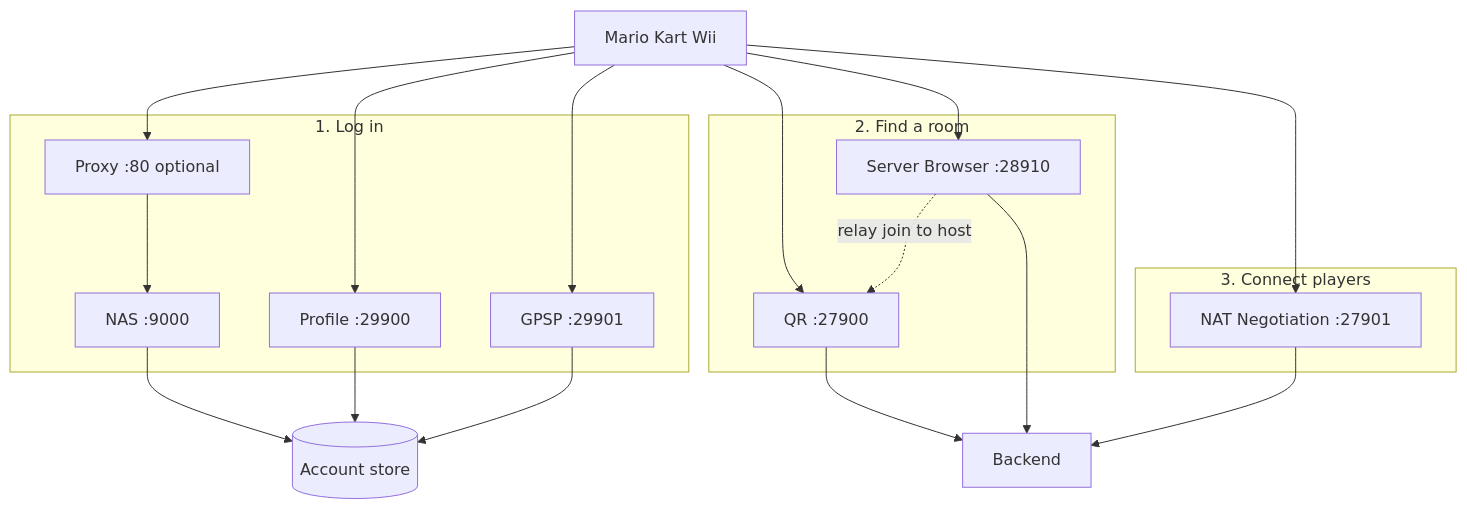
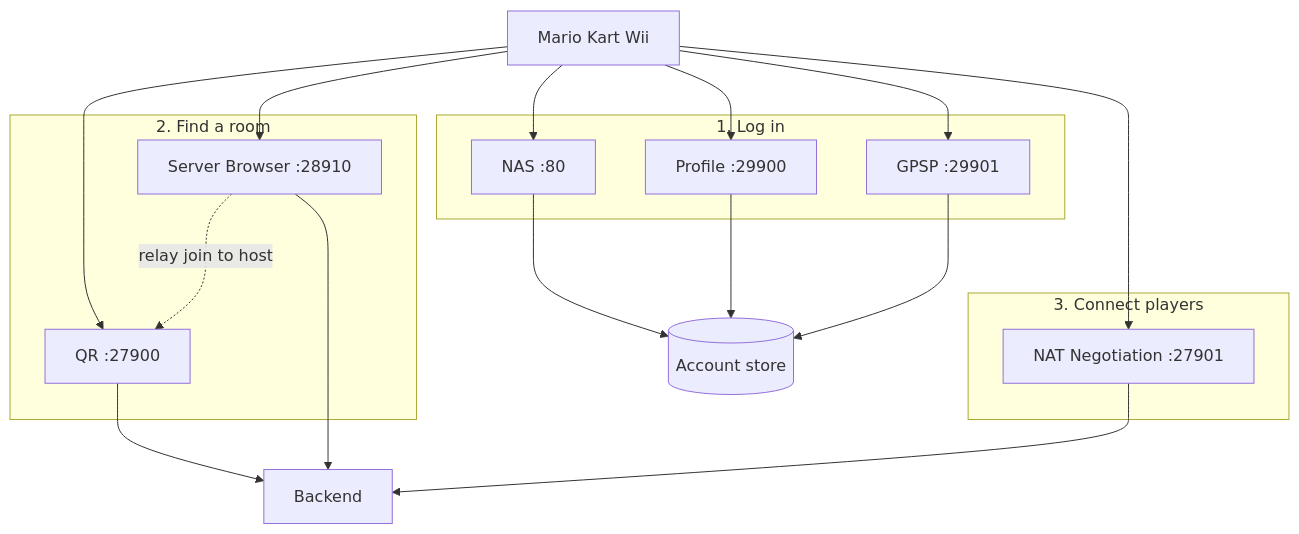
The diagram in docs/architecture/README.md (IrishBruseForks/mkw-dwc), drawn with Mermaid before and after one commit. The commit also changed other lines of this file and 14 other files, not shown here.

````diff
--- a/docs/architecture/README.md
+++ b/docs/architecture/README.md
@@ -51,38 +51,37 @@
 ```mermaid
 flowchart TB
     Wii[Mario Kart Wii]
 
     subgraph login [1. Log in]
-        Proxy[Proxy :80 optional]
-        NAS[NAS :9000]
+        NAS[NAS :80]
         Profile[Profile :29900]
         GPSP[GPSP :29901]
     end
 
     subgraph match [2. Find a room]
         QR[QR :27900]
         Browser[Server Browser :28910]
     end
 
     subgraph connect [3. Connect players]
         NatNeg[NAT Negotiation :27901]
     end
 
     Store[(Account store)]
     Board[Backend]
 
-    Wii --> Proxy --> NAS
+    Wii --> NAS
     Wii --> Profile
     Wii --> GPSP
     Wii --> QR
     Wii --> Browser
     Wii --> NatNeg
 
     NAS --> Store
     Profile --> Store
     GPSP --> Store
     QR --> Board
     Browser --> Board
     Browser -.->|relay join to host| QR
     NatNeg --> Board
 ```
````
